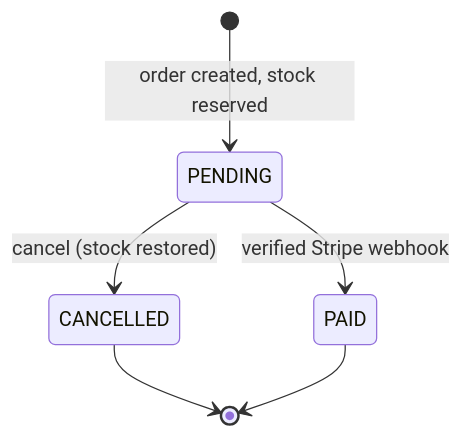
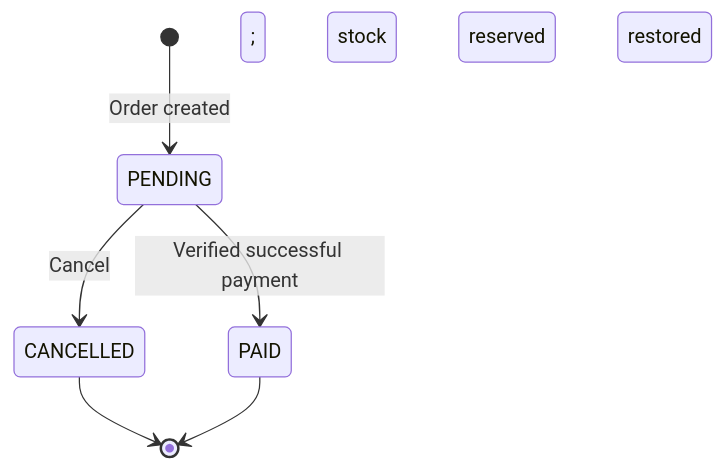
Before and after one commit to stakich/django-order-management-api: the diagram in README.md, drawn with Mermaid. The commit also changed other lines of this file, not shown here.

````diff
--- a/README.md
+++ b/README.md
@@ -103,8 +107,8 @@
 ```mermaid
 stateDiagram-v2
-    [*] --> PENDING: order created, stock reserved
-    PENDING --> CANCELLED: cancel (stock restored)
-    PENDING --> PAID: verified Stripe webhook
+    [*] --> PENDING: Order created; stock reserved
+    PENDING --> CANCELLED: Cancel; stock restored
+    PENDING --> PAID: Verified successful payment
     CANCELLED --> [*]
     PAID --> [*]
 ```
````
